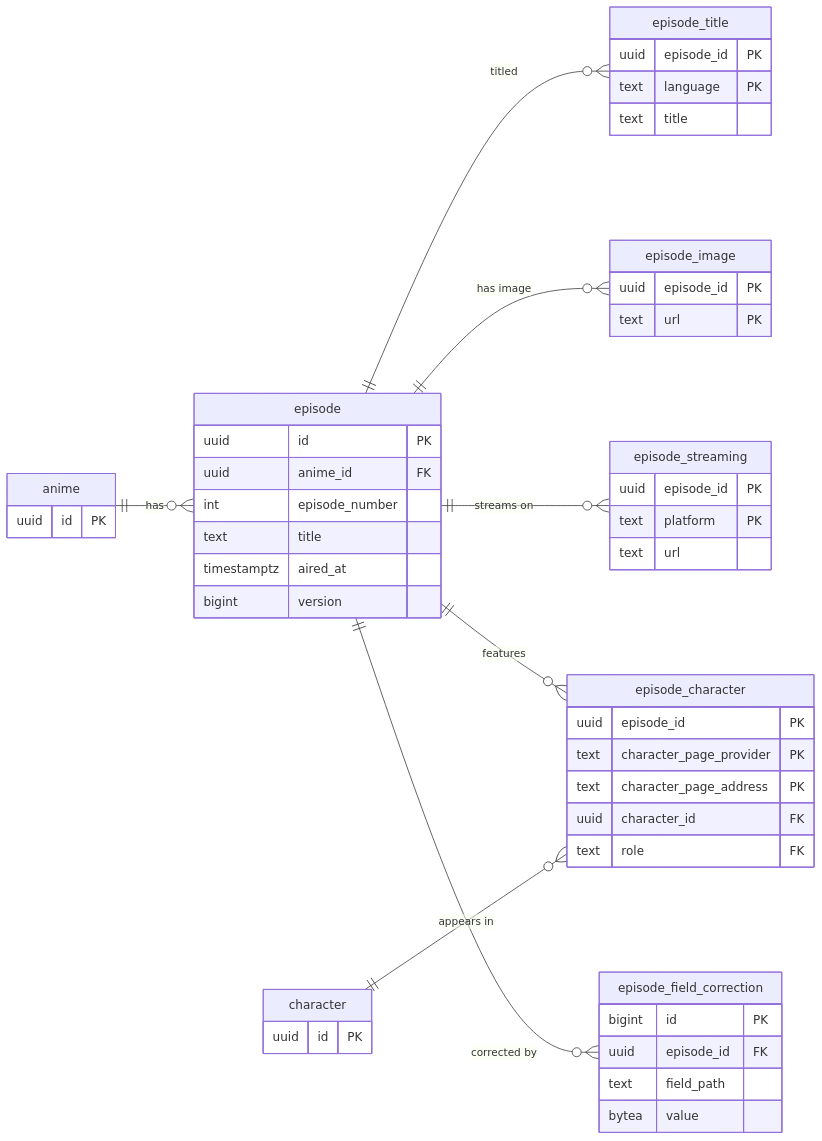
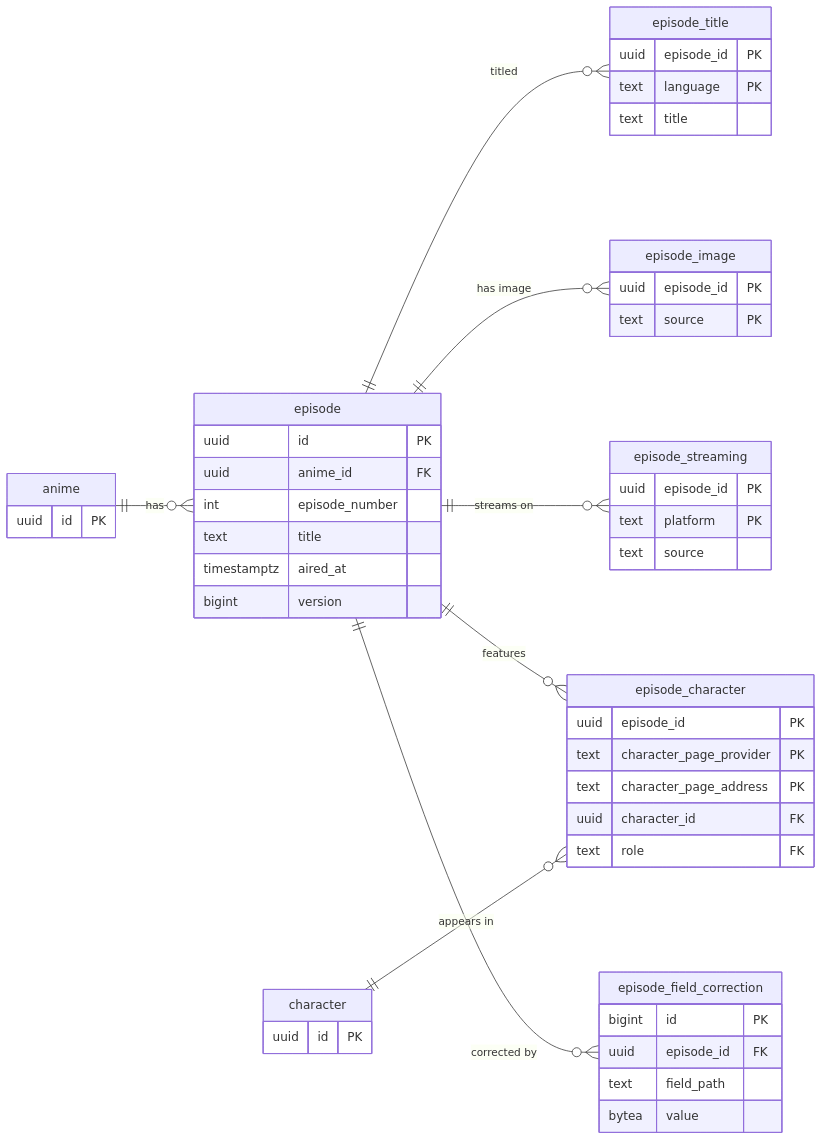
The fifth of 7 diagrams in docs/architecture/Database Schema.md (adnanaq/echora), drawn with Mermaid before and after one commit. The commit also changed other lines of this file and 170 other files, not shown here.

````diff
--- a/docs/architecture/Database Schema.md
+++ b/docs/architecture/Database Schema.md
@@ -280,53 +280,53 @@
 ```mermaid
 erDiagram
   direction LR
   anime ||--o{ episode : "has"
   episode ||--o{ episode_title : "titled"
   episode ||--o{ episode_image : "has image"
   episode ||--o{ episode_streaming : "streams on"
   episode ||--o{ episode_character : "features"
   character ||--o{ episode_character : "appears in"
   episode ||--o{ episode_field_correction : "corrected by"
 
   anime {
     uuid id PK
   }
   episode {
     uuid id PK
     uuid anime_id FK
     int episode_number
     text title
     timestamptz aired_at
     bigint version
   }
   episode_title {
     uuid episode_id PK
     text language PK
     text title
   }
   episode_image {
     uuid episode_id PK
-    text url PK
+    text source PK
   }
   episode_streaming {
     uuid episode_id PK
     text platform PK
-    text url
+    text source
   }
   episode_character {
     uuid episode_id PK
     text character_page_provider PK
     text character_page_address PK
     uuid character_id FK
     text role FK
   }
   character {
     uuid id PK
   }
   episode_field_correction {
     bigint id PK
     uuid episode_id FK
     text field_path
     bytea value
   }
 ```
````
